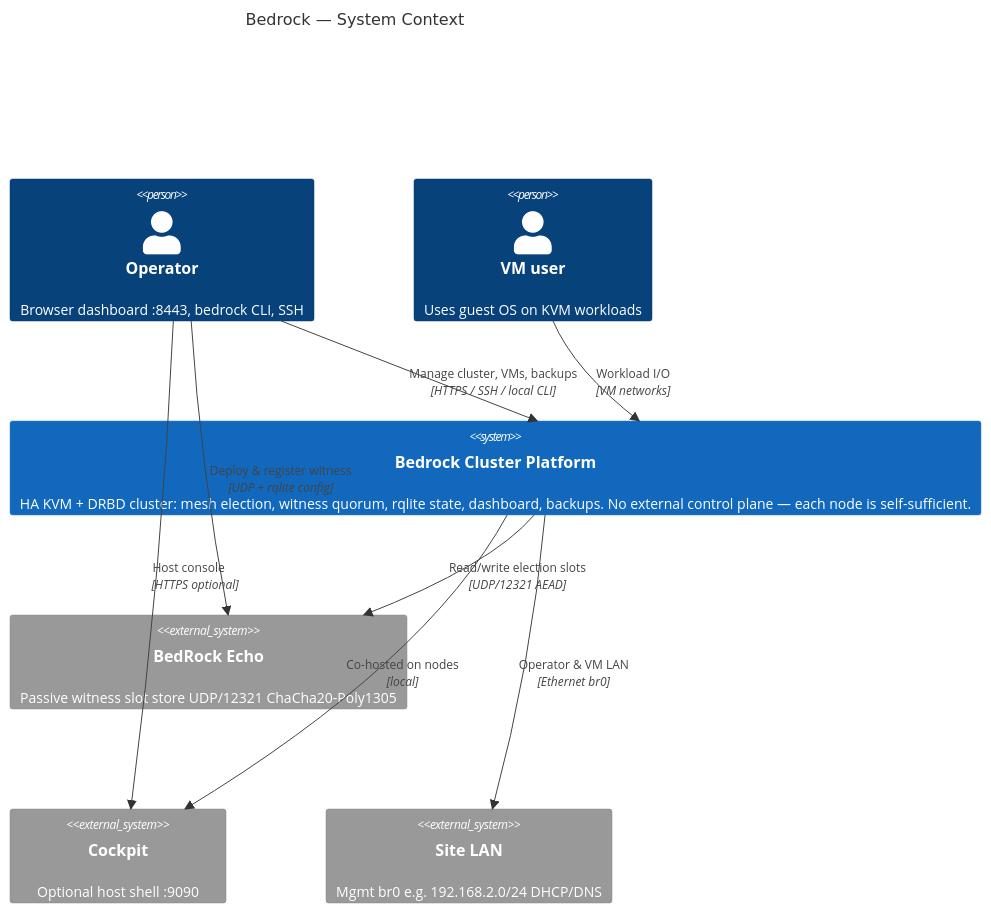
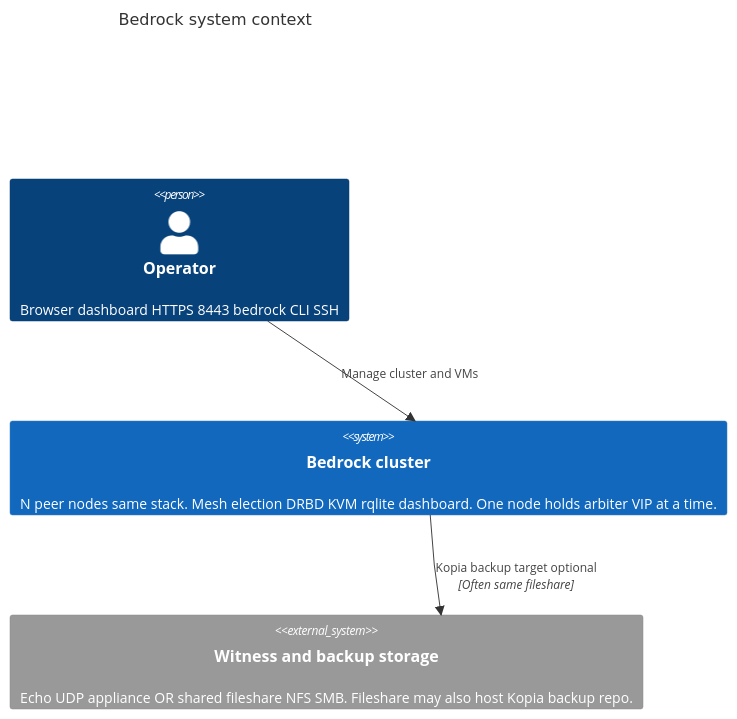
One commit to tommyvanderwal/Bedrock changed the first of 6 diagrams in docs/c4-architecture.md. Above: the diagram before and after it, drawn with Mermaid. The commit also changed other lines of this file, not shown here.

First line of the commit message:
docs(c4): simplify L1/L2 diagrams and document witness backends

````diff
--- a/docs/c4-architecture.md
+++ b/docs/c4-architecture.md
@@ -42,21 +29,14 @@
 ```mermaid
 C4Context
-    title Bedrock — System Context
+    title Bedrock system context
 
-    Person(operator, "Operator", "Browser dashboard :8443, bedrock CLI, SSH")
-    Person(vm_user, "VM user", "Uses guest OS on KVM workloads")
+    Person(operator, "Operator", "Browser dashboard HTTPS 8443 bedrock CLI SSH")
 
-    System(bedrock, "Bedrock Cluster Platform", "HA KVM + DRBD cluster: mesh election, witness quorum, rqlite state, dashboard, backups. No external control plane — each node is self-sufficient.")
+    System(bedrock, "Bedrock cluster", "N peer nodes same stack. Mesh election DRBD KVM rqlite dashboard. One node holds arbiter VIP at a time.")
 
-    System_Ext(echo, "BedRock Echo", "Passive witness slot store UDP/12321 ChaCha20-Poly1305")
-    System_Ext(cockpit, "Cockpit", "Optional host shell :9090")
-    System_Ext(dns_dhcp, "Site LAN", "Mgmt br0 e.g. 192.168.2.0/24 DHCP/DNS")
+    System_Ext(ext_store, "Witness and backup storage", "Echo UDP appliance OR shared fileshare NFS SMB. Fileshare may also host Kopia backup repo.")
 
-    Rel(operator, bedrock, "Manage cluster, VMs, backups", "HTTPS / SSH / local CLI")
-    Rel(operator, echo, "Deploy & register witness", "UDP + rqlite config")
-    Rel(vm_user, bedrock, "Workload I/O", "VM networks")
-    Rel(bedrock, echo, "Read/write election slots", "UDP/12321 AEAD")
-    Rel(bedrock, dns_dhcp, "Operator & VM LAN", "Ethernet br0")
-    Rel(operator, cockpit, "Host console", "HTTPS optional")
-    Rel(bedrock, cockpit, "Co-hosted on nodes", "local")
+    Rel(operator, bedrock, "Manage cluster and VMs")
+    Rel(bedrock, ext_store, "Witness slots quorum tie-break", "Echo or fileshare")
+    Rel(bedrock, ext_store, "Kopia backup target optional", "Often same fileshare")
 ```
````
